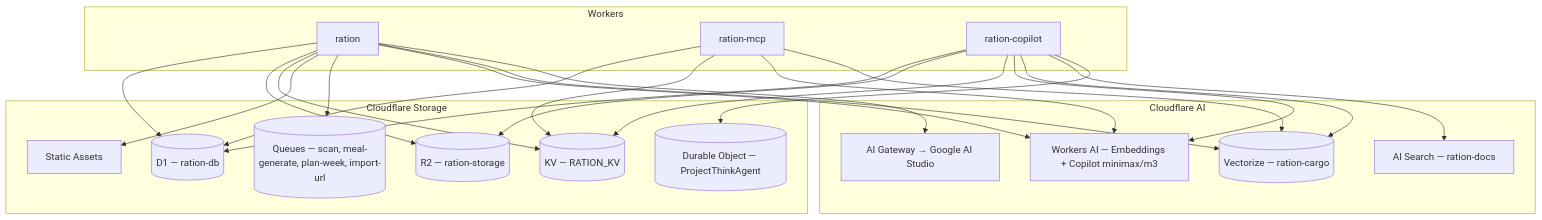
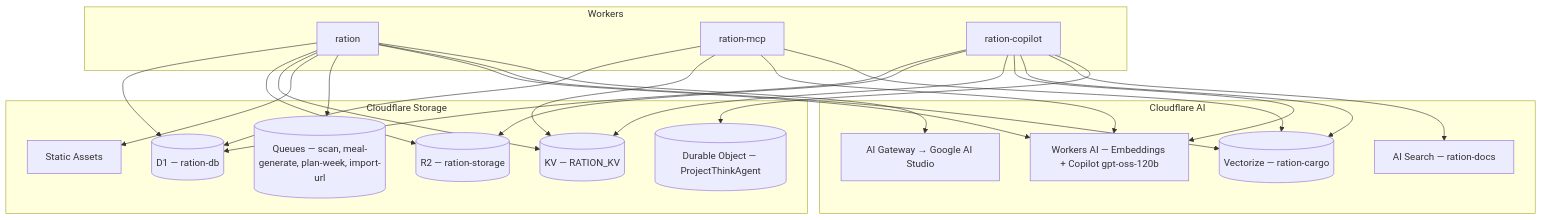
One commit to bjamesdowning/ration-mirror changed the fifth of 24 diagrams in README.md. Above: the diagram before and after it, drawn with Mermaid. The commit also changed other lines of this file and 12 other files, not shown here.

First line of the commit message:
fix: restore Copilot to gpt-oss-120b with Fast/Deep reasoning

````diff
--- a/README.md
+++ b/README.md
@@ -152,46 +152,46 @@
 ```mermaid
 flowchart TB
     subgraph Workers["Workers"]
         Worker["ration"]
         McpHandler["ration-mcp"]
         CopilotHandler["ration-copilot"]
     end
 
     subgraph Storage["Cloudflare Storage"]
         D1[("D1 — ration-db")]
         R2[("R2 — ration-storage")]
         KV[("KV — RATION_KV")]
         Assets["Static Assets"]
         Queues[("Queues — scan, meal-generate, plan-week, import-url")]
         ThinkDO[("Durable Object — ProjectThinkAgent")]
     end
 
     subgraph AI["Cloudflare AI"]
-        AIBinding["Workers AI — Embeddings + Copilot minimax/m3"]
+        AIBinding["Workers AI — Embeddings + Copilot gpt-oss-120b"]
         Vectorize[("Vectorize — ration-cargo")]
         AIGateway["AI Gateway → Google AI Studio"]
         AISearch["AI Search — ration-docs"]
     end
 
     Worker --> D1
     Worker --> R2
     Worker --> KV
     Worker --> Assets
     Worker --> Queues
     Worker --> AIBinding
     Worker --> Vectorize
     Worker --> AIGateway
 
     McpHandler --> D1
     McpHandler --> KV
     McpHandler --> AIBinding
     McpHandler --> Vectorize
 
     CopilotHandler --> D1
     CopilotHandler --> R2
     CopilotHandler --> KV
     CopilotHandler --> AIBinding
     CopilotHandler --> Vectorize
     CopilotHandler --> AISearch
     CopilotHandler --> ThinkDO
 ```
````
